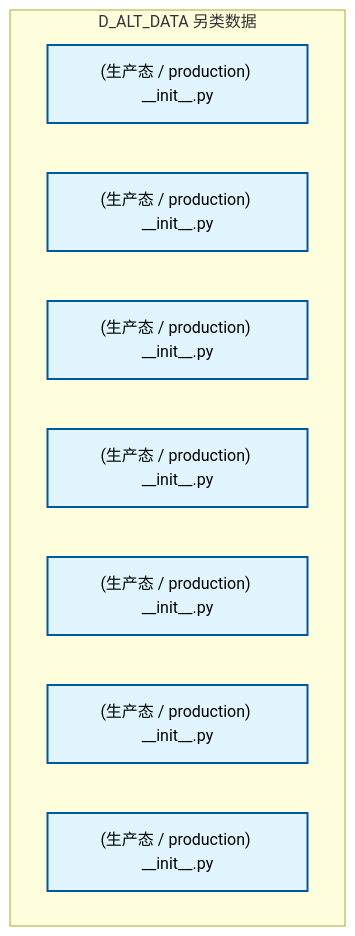
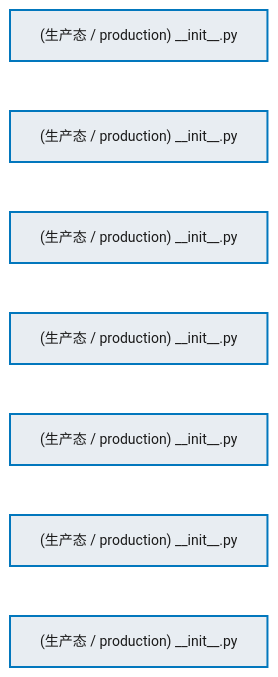
One commit to xuanFelixVan/ZephyrAlpha changed the first of 2 diagrams in docs/02_enterprise_architecture/02_domain_architecture_docs/09_d_alt_data.md. Above: the diagram before and after it, drawn with Mermaid. The commit also changed other lines of this file and 76 other files, not shown here.

````diff
--- a/docs/02_enterprise_architecture/02_domain_architecture_docs/09_d_alt_data.md
+++ b/docs/02_enterprise_architecture/02_domain_architecture_docs/09_d_alt_data.md
@@ -67,17 +67,22 @@
 ```mermaid
-graph TD
-    subgraph D_ALT_DATA["D_ALT_DATA 另类数据"]
-        src_zephyr_alt_data_init_py["(生产态 / production) __init__.py"]
-        src_zephyr_alt_data_extensions_init_py["(生产态 / production) __init__.py"]
-        src_zephyr_alt_data_api_init_py["(生产态 / production) __init__.py"]
-        src_zephyr_alt_data_core_init_py["(生产态 / production) __init__.py"]
-        src_zephyr_alt_data_infrastructure_init_py["(生产态 / production) __init__.py"]
-        src_zephyr_alt_data_models_init_py["(生产态 / production) __init__.py"]
-        src_zephyr_alt_data_services_init_py["(生产态 / production) __init__.py"]
-    end
-    classDef production fill:#e1f5fe,stroke:#01579b,stroke-width:2px,color:#000
-    classDef design fill:#fff3e0,stroke:#e65100,stroke-width:2px,color:#000,stroke-dasharray: 5 5
-    classDef external_prod fill:#e8f5e9,stroke:#1b5e20,stroke-width:1px,color:#000
-    classDef external_design fill:#fce4ec,stroke:#880e4f,stroke-width:1px,color:#000,stroke-dasharray: 5 5
+%%{init: {'theme': 'base', 'themeVariables': {'primaryColor': '#eaeaea', 'primaryTextColor': '#333333', 'primaryBorderColor': '#666666', 'lineColor': '#666666', 'secondaryColor': '#eaeaea', 'tertiaryColor': '#eaeaea', 'fontSize': '14px'}}}%%
+flowchart TD
+    src_zephyr_alt_data_init_py["(生产态 / production) __init__.py"]
+    src_zephyr_alt_data_extensions_init_py["(生产态 / production) __init__.py"]
+    src_zephyr_alt_data_api_init_py["(生产态 / production) __init__.py"]
+    src_zephyr_alt_data_core_init_py["(生产态 / production) __init__.py"]
+    src_zephyr_alt_data_infrastructure_init_py["(生产态 / production) __init__.py"]
+    src_zephyr_alt_data_models_init_py["(生产态 / production) __init__.py"]
+    src_zephyr_alt_data_services_init_py["(生产态 / production) __init__.py"]
+    src_zephyr_alt_data_init_py ~~~ src_zephyr_alt_data_extensions_init_py
+    src_zephyr_alt_data_extensions_init_py ~~~ src_zephyr_alt_data_api_init_py
+    src_zephyr_alt_data_api_init_py ~~~ src_zephyr_alt_data_core_init_py
+    src_zephyr_alt_data_core_init_py ~~~ src_zephyr_alt_data_infrastructure_init_py
+    src_zephyr_alt_data_infrastructure_init_py ~~~ src_zephyr_alt_data_models_init_py
+    src_zephyr_alt_data_models_init_py ~~~ src_zephyr_alt_data_services_init_py
+    classDef production fill:#e8edf2,stroke:#0277bd,stroke-width:2px,color:#1a1a1a
+    classDef design fill:#f0ebe3,stroke:#bf360c,stroke-width:2px,color:#1a1a1a,stroke-dasharray: 5 5
+    classDef external_prod fill:#e8efe9,stroke:#1b5e20,stroke-width:1px,color:#1a1a1a
+    classDef external_design fill:#efe5ea,stroke:#880e4f,stroke-width:1px,color:#1a1a1a,stroke-dasharray: 5 5
     class src_zephyr_alt_data_init_py,src_zephyr_alt_data_extensions_init_py,src_zephyr_alt_data_api_init_py,src_zephyr_alt_data_core_init_py,src_zephyr_alt_data_infrastructure_init_py,src_zephyr_alt_data_models_init_py,src_zephyr_alt_data_services_init_py production
 ```
````
